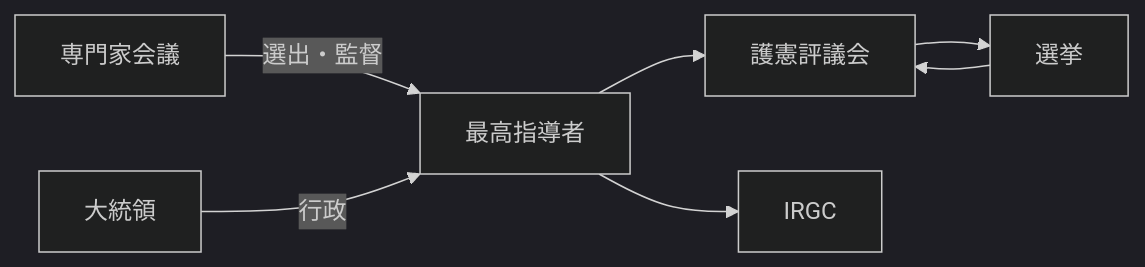
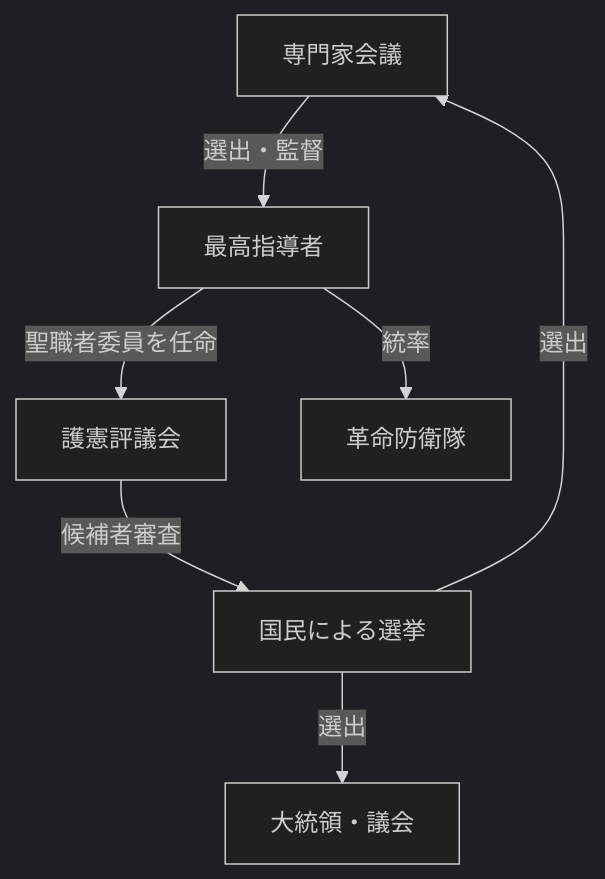
Before and after one commit to daylight55/research: the third of 3 diagrams in articles/report/khomeini-to-khamenei-transition/ja/index.mdx, drawn with Mermaid (dark theme). The commit also changed other lines of this file and 181 other files, not shown here.

First line of the commit message:
全記事の図解368点を再生成し、共通注意書きを削除 (#402)

````diff
--- a/articles/report/khomeini-to-khamenei-transition/ja/index.mdx
+++ b/articles/report/khomeini-to-khamenei-transition/ja/index.mdx
@@ -101,16 +105,17 @@
 ```mermaid
-flowchart LR
-    SL["最高指導者"]
-    EXP["専門家会議"]
-    GC["護憲評議会"]
-    IRGC["IRGC"]
-    PRS["大統領"]
-    ELEC["選挙"]
-
-    EXP -->|選出・監督| SL
-    SL --> GC
-    SL --> IRGC
-    ELEC --> GC
-    PRS -->|行政| SL
-    GC --> ELEC
+flowchart TD
+  accTitle: 最高指導者・護憲評議会・選挙の関係
+  accDescr: 専門家会議は指導者を選出・監督し、護憲評議会は候補者を審査する。選挙結果だけで権力全体が交代する構造ではない。
+  N0["専門家会議"]
+  N1["最高指導者"]
+  N2["護憲評議会"]
+  N3["革命防衛隊"]
+  N4["国民による選挙"]
+  N5["大統領・議会"]
+  N0 -->|選出・監督| N1
+  N1 -->|聖職者委員を任命| N2
+  N1 -->|統率| N3
+  N2 -->|候補者審査| N4
+  N4 -->|選出| N0
+  N4 -->|選出| N5
 ```
````
